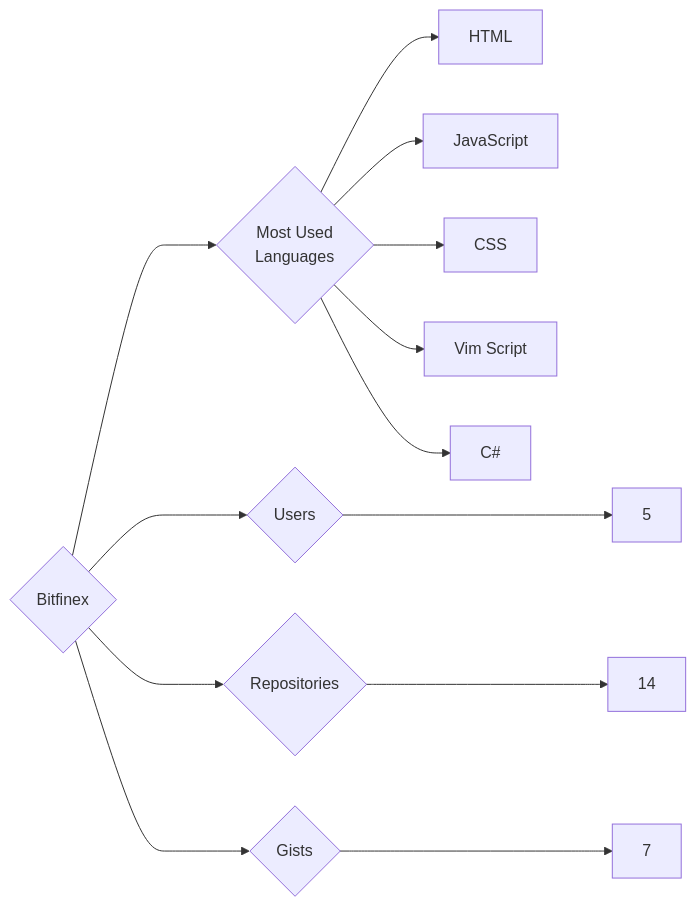
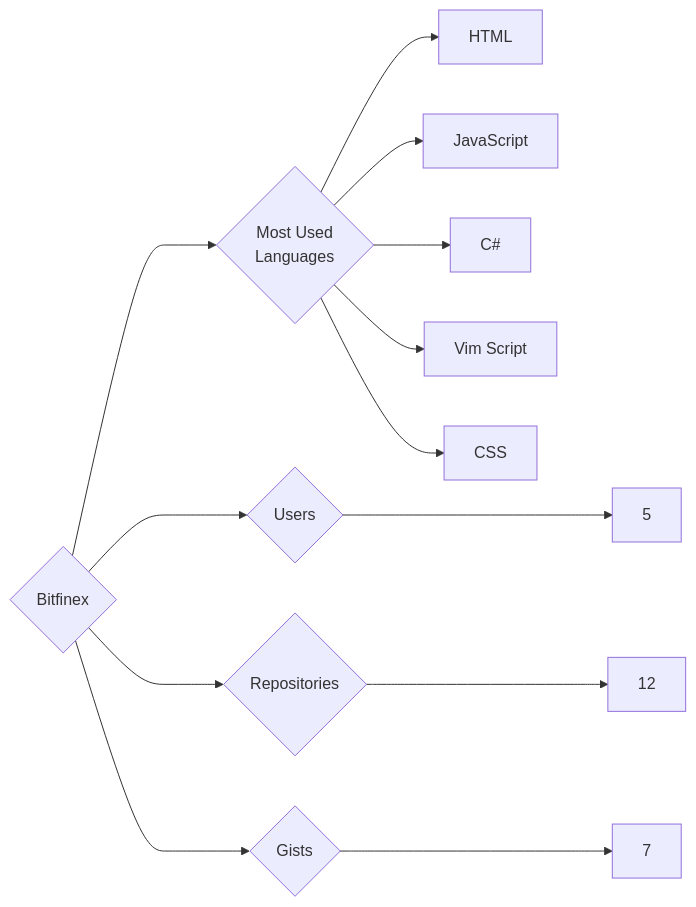
One commit to trickest/insiders changed the diagram in targets/Bitfinex/README.md. Above: the diagram before and after it, drawn with Mermaid. The commit also changed 985 other files, not shown here.

````diff
--- a/targets/Bitfinex/README.md
+++ b/targets/Bitfinex/README.md
@@ -3,13 +3,13 @@
 ```mermaid
 graph LR
 COMPANY_NAME{Bitfinex}
 COMPANY_NAME ---> U{Users} ---> UN[5]
-COMPANY_NAME ---> R{Repositories} ---> RN[14]
+COMPANY_NAME ---> R{Repositories} ---> RN[12]
 COMPANY_NAME ---> G{Gists} ---> GN[7]
 COMPANY_NAME ---> ML{Most Used<br>Languages}
 ML --> HTML[HTML]
 ML --> JavaScript[JavaScript]
+ML --> C#[C#]
+ML --> Vim_Script[Vim Script]
 ML --> CSS[CSS]
-ML --> Vim_Script[Vim Script]
-ML --> C#[C#]
 ```
````
